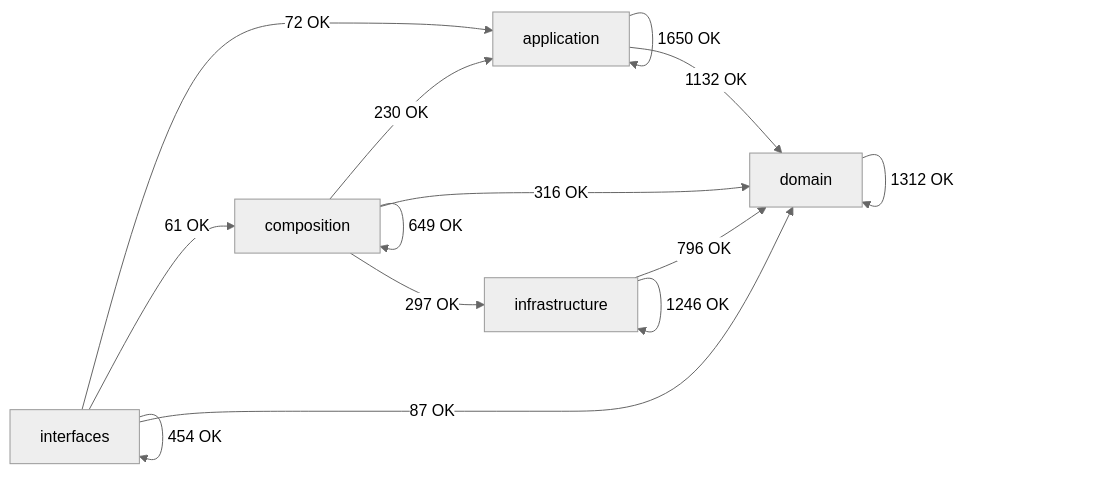
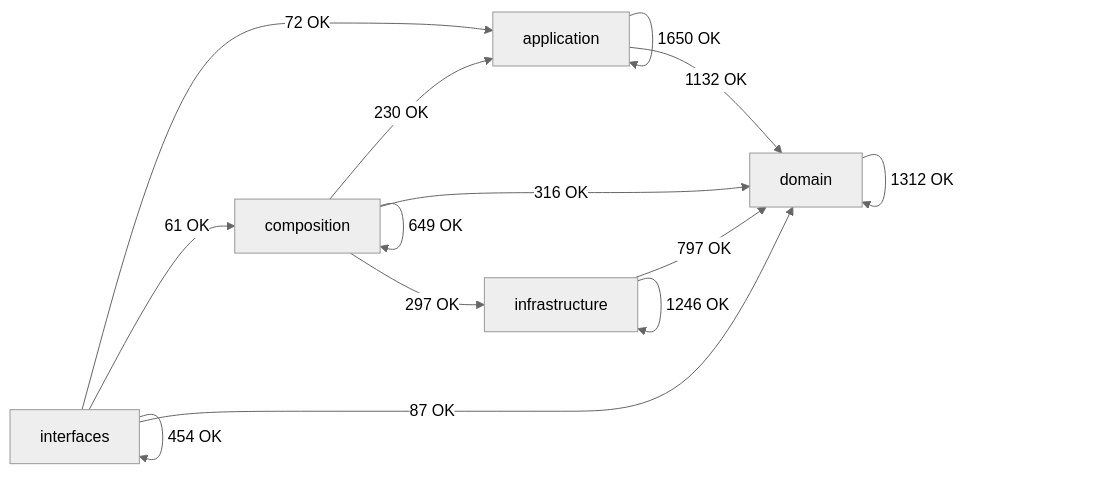
One commit to SatoryKono/BioactivityDataAcquisition changed the diagram in docs/02-architecture/generated/module-dependency-map.md. Above: the diagram before and after it, drawn with Mermaid (neutral theme). The commit also changed other lines of this file and 1 other file, not shown here.

First line of the commit message:
docs(architecture): refresh module-dependency-map after RF-002

````diff
--- a/docs/02-architecture/generated/module-dependency-map.md
+++ b/docs/02-architecture/generated/module-dependency-map.md
@@ -17,21 +17,21 @@
 ```mermaid
 flowchart LR
     domain[domain]
     application[application]
     infrastructure[infrastructure]
     composition[composition]
     interfaces[interfaces]
     application -->|1650 OK| application
     application -->|1132 OK| domain
     composition -->|230 OK| application
     composition -->|649 OK| composition
     composition -->|316 OK| domain
     composition -->|297 OK| infrastructure
     domain -->|1312 OK| domain
-    infrastructure -->|796 OK| domain
+    infrastructure -->|797 OK| domain
     infrastructure -->|1246 OK| infrastructure
     interfaces -->|72 OK| application
     interfaces -->|61 OK| composition
     interfaces -->|87 OK| domain
     interfaces -->|454 OK| interfaces
 ```
````
